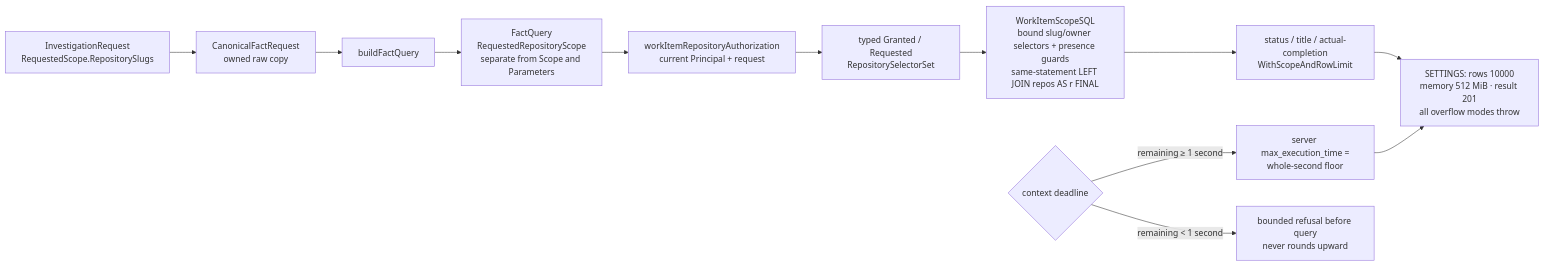
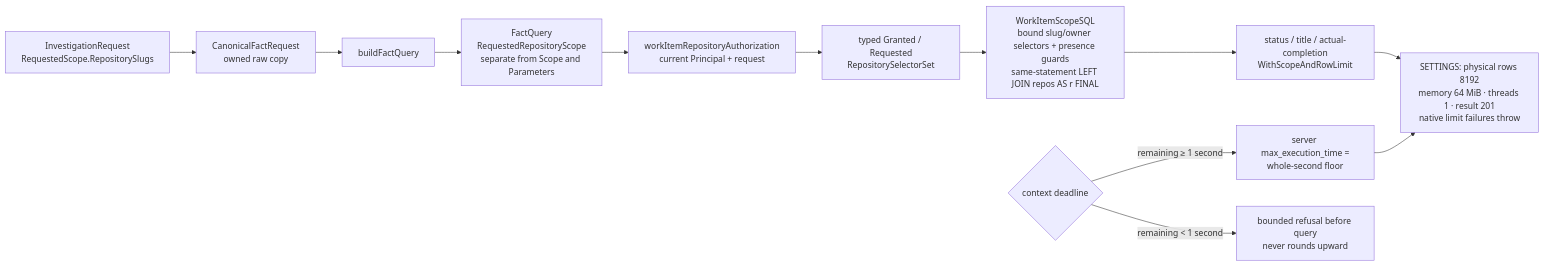
One commit to full-chaos/dev-health-acr changed the fifth of 21 diagrams in docs/design/context-fabric-architecture-diagrams.md. Above: the diagram before and after it, drawn with Mermaid. The commit also changed other lines of this file, not shown here.

````diff
--- a/docs/design/context-fabric-architecture-diagrams.md
+++ b/docs/design/context-fabric-architecture-diagrams.md
@@ -596,13 +596,13 @@
 ```mermaid
 flowchart LR
     REQ["InvestigationRequest<br/>RequestedScope.RepositorySlugs"] --> CFR["CanonicalFactRequest<br/>owned raw copy"]
     CFR --> BFQ["buildFactQuery"] --> FQ["FactQuery<br/>RequestedRepositoryScope<br/>separate from Scope and Parameters"]
     FQ --> AD["workItemRepositoryAuthorization<br/>current Principal + request"]
     AD --> TS["typed Granted / Requested<br/>RepositorySelectorSet"]
     TS --> SQL["WorkItemScopeSQL<br/>bound slug/owner selectors + presence guards<br/>same-statement LEFT JOIN repos AS r FINAL"]
     SQL --> READ["status / title / actual-completion<br/>WithScopeAndRowLimit"]
-    READ --> BOUNDS["SETTINGS: rows 10000<br/>memory 512 MiB · result 201<br/>all overflow modes throw"]
+    READ --> BOUNDS["SETTINGS: physical rows 8192<br/>memory 64 MiB · threads 1 · result 201<br/>native limit failures throw"]
     CTX{"context deadline"} -->|"remaining ≥ 1 second"| SEC["server max_execution_time =<br/>whole-second floor"]
     CTX -->|"remaining < 1 second"| REFUSE["bounded refusal before query<br/>never rounds upward"]
     SEC --> BOUNDS
 ```
````
